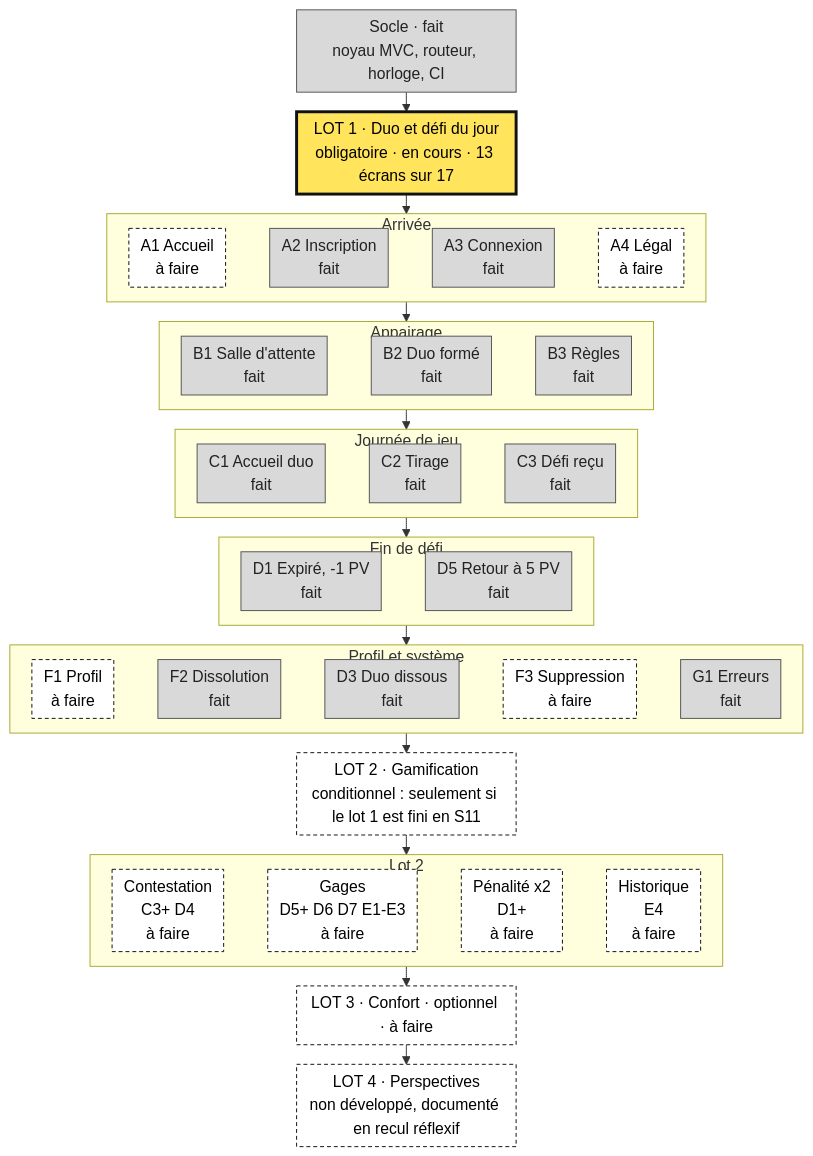
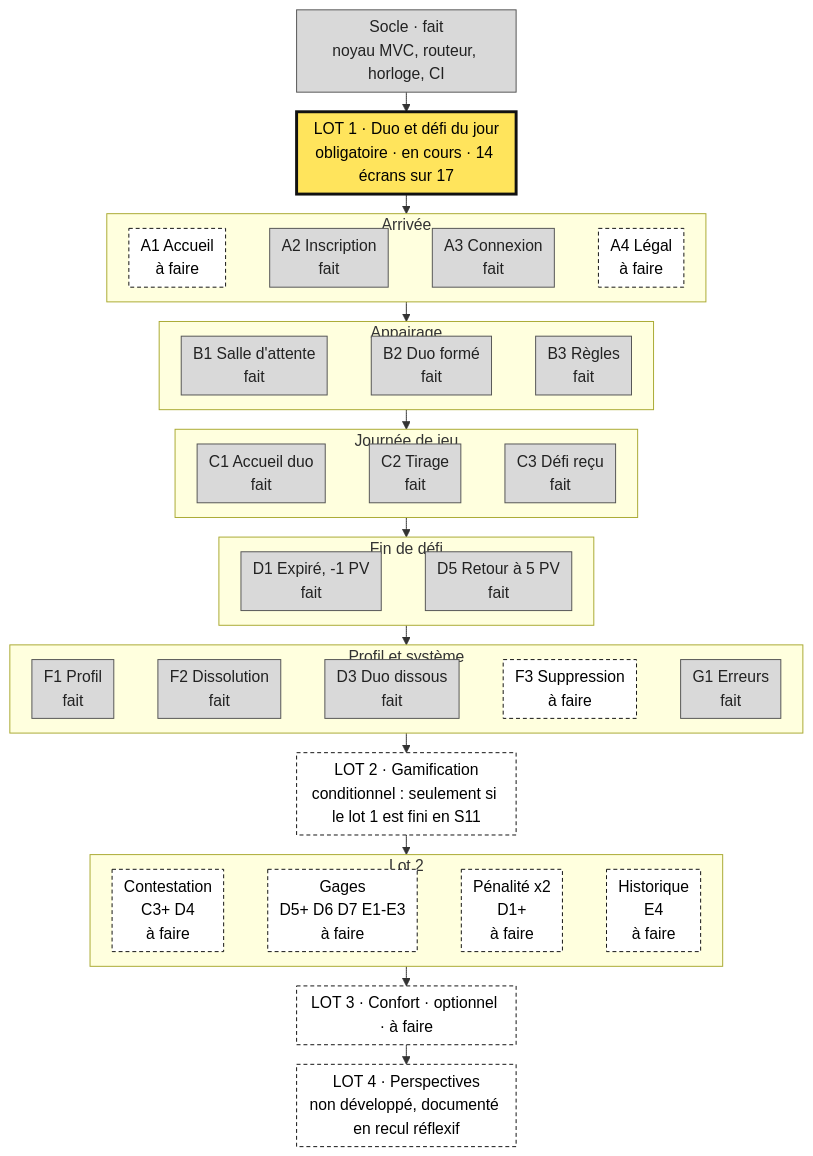
The first of 2 diagrams in README.md (matteo-lorenzi/Quest-Love), drawn with Mermaid before and after one commit. The commit also changed other lines of this file and 4 other files, not shown here.

First line of the commit message:
F1 Profil : documents de référence alignés sur l'écran livré

````diff
--- a/README.md
+++ b/README.md
@@ -14,66 +14,66 @@
 ```mermaid
 %%{init: {"flowchart": {"nodeSpacing": 10, "rankSpacing": 20, "padding": 6, "htmlLabels": true}}}%%
 flowchart TB
   S["Socle · fait<br/>noyau MVC, routeur, horloge, CI"]:::fait
-  L1["LOT 1 · Duo et défi du jour<br/>obligatoire · en cours · 13 écrans sur 17"]:::encours
+  L1["LOT 1 · Duo et défi du jour<br/>obligatoire · en cours · 14 écrans sur 17"]:::encours
   L2["LOT 2 · Gamification<br/>conditionnel : seulement si le lot 1 est fini en S11"]:::afaire
   L3["LOT 3 · Confort · optionnel · à faire"]:::afaire
   L4["LOT 4 · Perspectives<br/>non développé, documenté en recul réflexif"]:::afaire
 
   subgraph P1["Arrivée"]
     direction LR
     A1["A1 Accueil<br/>à faire"]:::afaire
     A2["A2 Inscription<br/>fait"]:::fait
     A3["A3 Connexion<br/>fait"]:::fait
     A4["A4 Légal<br/>à faire"]:::afaire
     A1 ~~~ A2 ~~~ A3 ~~~ A4
   end
 
   subgraph P2["Appairage"]
     direction LR
     B1["B1 Salle d'attente<br/>fait"]:::fait
     B2["B2 Duo formé<br/>fait"]:::fait
     B3["B3 Règles<br/>fait"]:::fait
     B1 ~~~ B2 ~~~ B3
   end
 
   subgraph P3["Journée de jeu"]
     direction LR
     C1["C1 Accueil duo<br/>fait"]:::fait
     C2["C2 Tirage<br/>fait"]:::fait
     C3["C3 Défi reçu<br/>fait"]:::fait
     C1 ~~~ C2 ~~~ C3
   end
 
   subgraph P4["Fin de défi"]
     direction LR
     D1["D1 Expiré, -1 PV<br/>fait"]:::fait
     D5["D5 Retour à 5 PV<br/>fait"]:::fait
     D1 ~~~ D5
   end
 
   subgraph P5["Profil et système"]
     direction LR
-    F1["F1 Profil<br/>à faire"]:::afaire
+    F1["F1 Profil<br/>fait"]:::fait
     F2["F2 Dissolution<br/>fait"]:::fait
     D3["D3 Duo dissous<br/>fait"]:::fait
     F3["F3 Suppression<br/>à faire"]:::afaire
     G1["G1 Erreurs<br/>fait"]:::fait
     F1 ~~~ F2 ~~~ D3 ~~~ F3 ~~~ G1
   end
 
   subgraph P6["Lot 2"]
     direction LR
     X1["Contestation<br/>C3+ D4<br/>à faire"]:::afaire
     X2["Gages<br/>D5+ D6 D7 E1-E3<br/>à faire"]:::afaire
     X3["Pénalité x2<br/>D1+<br/>à faire"]:::afaire
     X4["Historique<br/>E4<br/>à faire"]:::afaire
     X1 ~~~ X2 ~~~ X3 ~~~ X4
   end
 
   S --> L1 --> P1 --> P2 --> P3 --> P4 --> P5 --> L2 --> P6 --> L3 --> L4
 
   classDef fait fill:#d9d9d9,stroke:#555555,color:#222222
   classDef encours fill:#ffe45c,stroke:#111111,stroke-width:3px,color:#000000
   classDef afaire fill:#ffffff,stroke:#111111,stroke-dasharray:4 3,color:#000000
 ```
````
